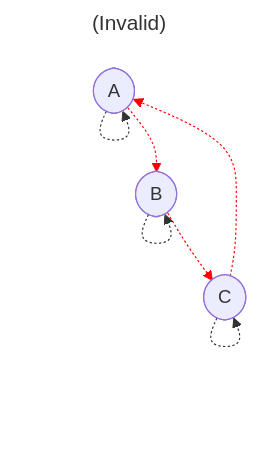
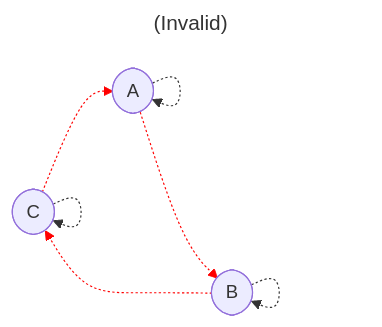
The ninth of 14 diagrams in proofs/AdmissibilityGraph/README.md (stepchowfun/proofs), drawn with Mermaid before and after one commit. The commit also changed other lines of this file and 5 other files, not shown here.

Commit message:
Flip the direction of the parent-child edges in the admissibility graph development

````diff
--- a/proofs/AdmissibilityGraph/README.md
+++ b/proofs/AdmissibilityGraph/README.md
@@ -217,21 +242,21 @@
 ```mermaid
 ---
 title: (Invalid)
 ---
-flowchart TD
+flowchart LR
+  c([C])
   a([A])
   b([B])
-  c([C])
 
   a -.-> a
   b -.-> b
   c -.-> c
 
   a -.-> b
   b -.-> c
   c -.-> a
 
   linkStyle 3 stroke:red
   linkStyle 4 stroke:red
   linkStyle 5 stroke:red
 ```
````
